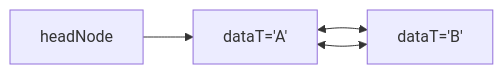
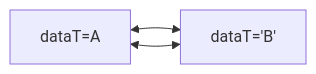
The diagram in all/未命名-10.md (YOAyes/iodraw-files), drawn with Mermaid before and after one commit.

Commit message:
2025-06-16 16:32:24 update

````diff
--- a/all/未命名-10.md
+++ b/all/未命名-10.md
@@ -1,6 +1,6 @@
 ```mermaid
 graph LR
-    A[dataT='A'] <--> B[dataT='B']
+    A[dataT=A] <--> B[dataT='B']
     B <--> A
-    headNode-->A
+
 ```
````
